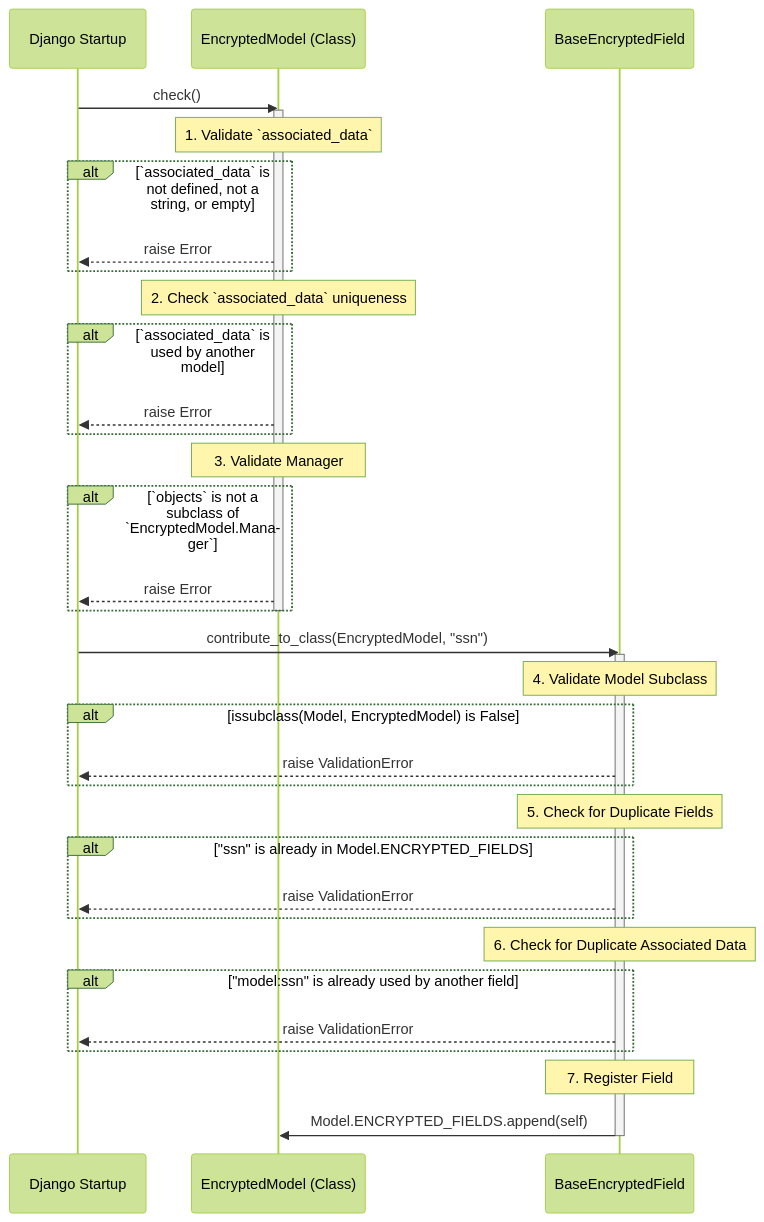
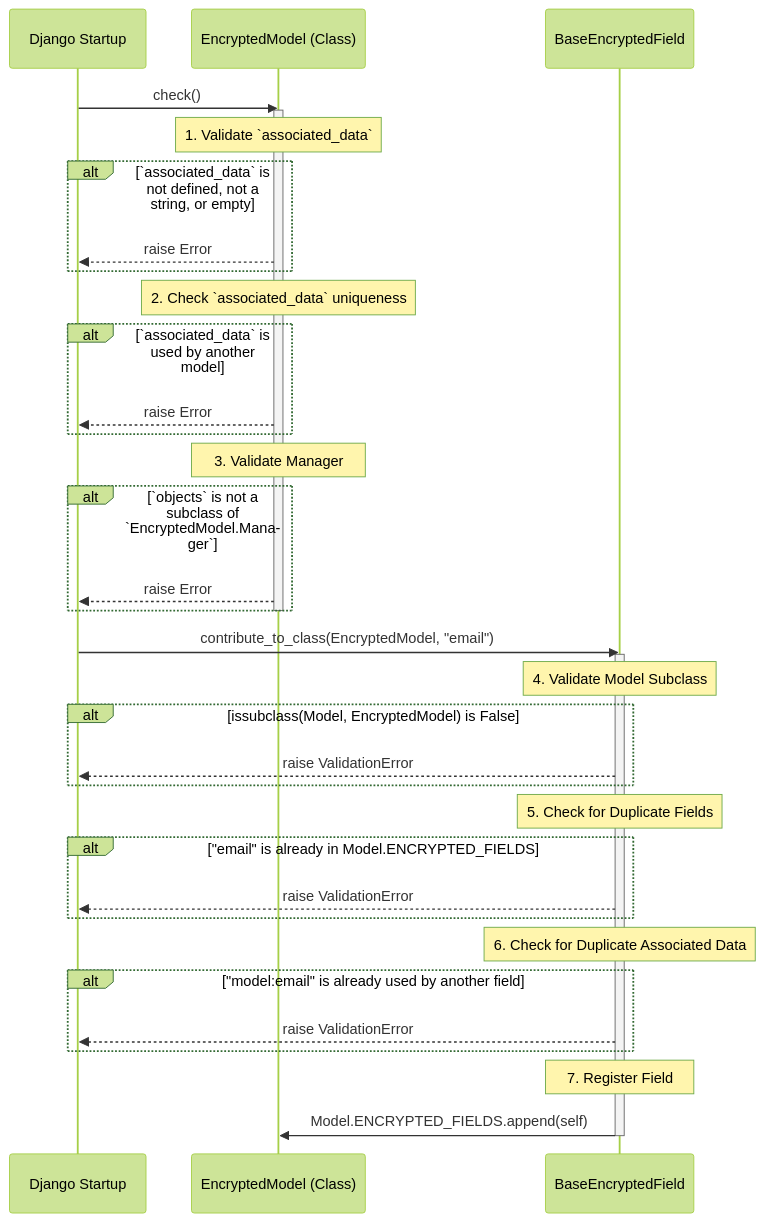
One commit to ocadotechnology/codeforlife-package-python changed the fifth of 8 diagrams in docs/client-side-encryption.md. Above: the diagram before and after it, drawn with Mermaid (forest theme). The commit also changed other lines of this file and 1 other file, not shown here.

````diff
--- a/docs/client-side-encryption.md
+++ b/docs/client-side-encryption.md
@@ -344,48 +344,48 @@
 ```mermaid
 sequenceDiagram
     participant Django as Django Startup
     participant EncryptedModel as EncryptedModel (Class)
     participant BaseEncryptedField as BaseEncryptedField
 
     Django->>EncryptedModel: check()
     activate EncryptedModel
     
     Note over EncryptedModel: 1. Validate `associated_data`
     alt `associated_data` is not defined, not a string, or empty
         EncryptedModel-->>Django: raise Error
     end
 
     Note over EncryptedModel: 2. Check `associated_data` uniqueness
     alt `associated_data` is used by another model
         EncryptedModel-->>Django: raise Error
     end
 
     Note over EncryptedModel: 3. Validate Manager
     alt `objects` is not a subclass of `EncryptedModel.Manager`
         EncryptedModel-->>Django: raise Error
     end
     deactivate EncryptedModel
 
-    Django->>BaseEncryptedField: contribute_to_class(EncryptedModel, "ssn")
+    Django->>BaseEncryptedField: contribute_to_class(EncryptedModel, "email")
     activate BaseEncryptedField
     
     Note over BaseEncryptedField: 4. Validate Model Subclass
     alt issubclass(Model, EncryptedModel) is False
         BaseEncryptedField-->>Django: raise ValidationError
     end
 
     Note over BaseEncryptedField: 5. Check for Duplicate Fields
-    alt "ssn" is already in Model.ENCRYPTED_FIELDS
+    alt "email" is already in Model.ENCRYPTED_FIELDS
         BaseEncryptedField-->>Django: raise ValidationError
     end
 
     Note over BaseEncryptedField: 6. Check for Duplicate Associated Data
-    alt "model:ssn" is already used by another field
+    alt "model:email" is already used by another field
         BaseEncryptedField-->>Django: raise ValidationError
     end
 
     Note over BaseEncryptedField: 7. Register Field
     BaseEncryptedField->>EncryptedModel: Model.ENCRYPTED_FIELDS.append(self)
     
     deactivate BaseEncryptedField
 ```
````
